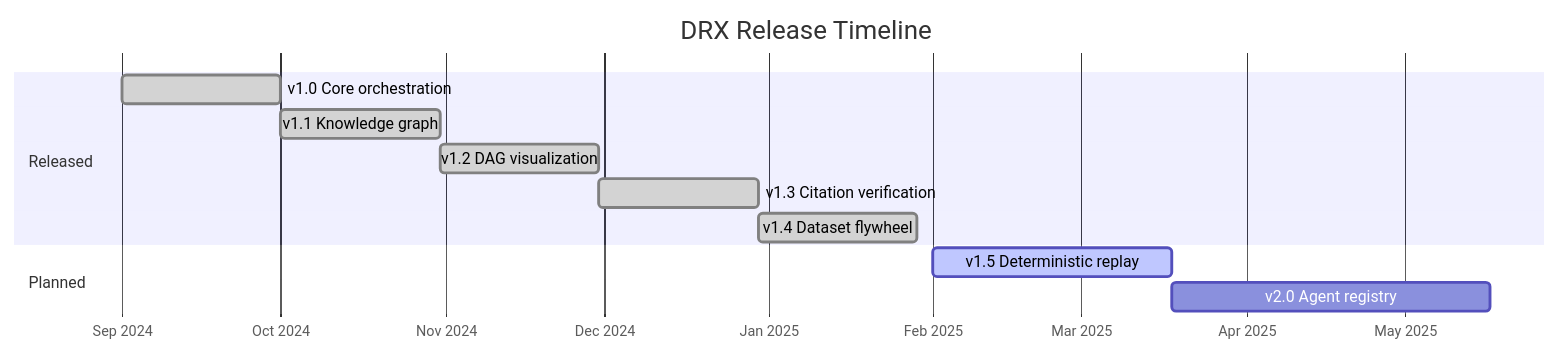
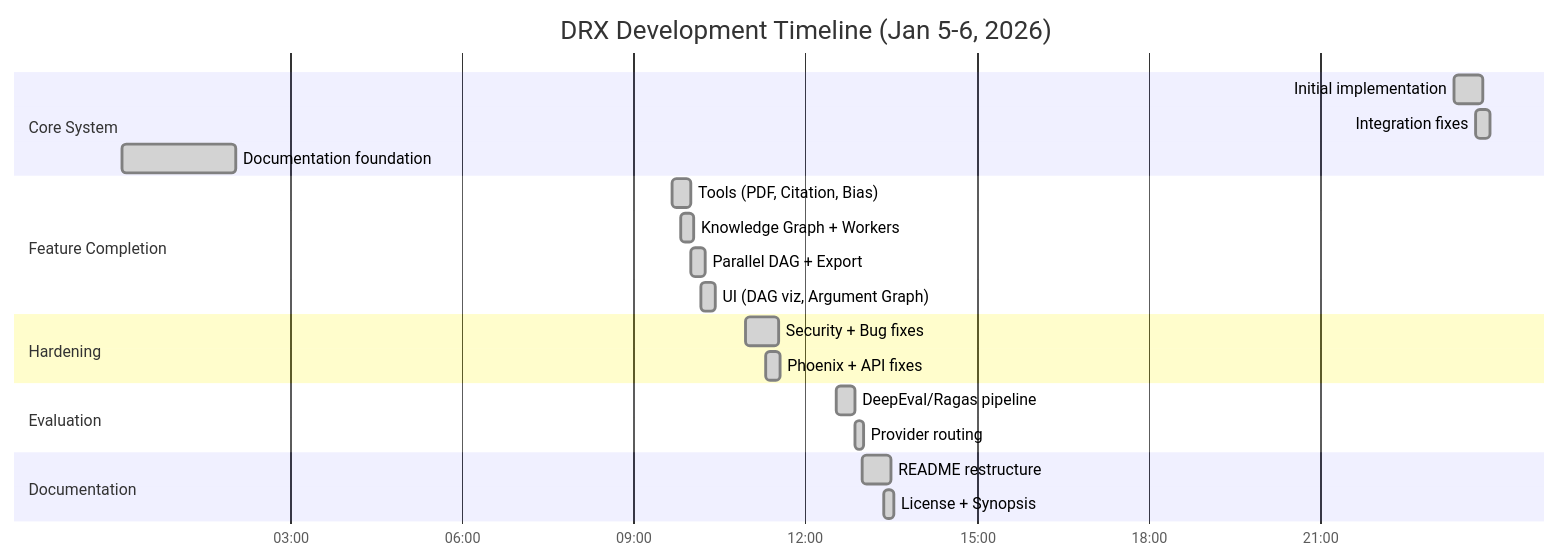
Before and after one commit to satyamaix/DeepResearchX: the seventh of 7 diagrams in README.md, drawn with Mermaid. The commit also changed other lines of this file, not shown here.

Commit message:
docs: Update roadmap with actual 24-hour development timeline
Replace fictional release dates with actual commit timestamps showing:

Development Timeline (Gantt chart):
- 23:20: Initial implementation
- 00:04: Documentation foundation
- 09:40-10:11: Feature completion sprint
- 10:57-11:31: Security hardening
- 12:33-12:52: Evaluation pipeline
- 13:00-13:23: Documentation polish

Milestones table with UTC+8 timestamps and key deliverables

Next Steps prioritized as P0/P1/P2

🤖 Generated with [Claude Code](https://claude.com/claude-code)

````diff
--- a/README.md
+++ b/README.md
@@ -495,17 +497,29 @@
 ```mermaid
 gantt
-    title DRX Release Timeline
-    dateFormat YYYY-MM
-    axisFormat %b %Y
+    title DRX Development Timeline (Jan 5-6, 2026)
+    dateFormat HH:mm
+    axisFormat %H:%M
 
-    section Released
-    v1.0 Core orchestration       :done, v10, 2024-09, 30d
-    v1.1 Knowledge graph          :done, v11, after v10, 30d
-    v1.2 DAG visualization        :done, v12, after v11, 30d
-    v1.3 Citation verification    :done, v13, after v12, 30d
-    v1.4 Dataset flywheel         :done, v14, after v13, 30d
+    section Core System
+    Initial implementation        :done, 23:20, 30m
+    Integration fixes             :done, 23:43, 15m
+    Documentation foundation      :done, 00:04, 2h
 
-    section Planned
-    v1.5 Deterministic replay     :active, v15, 2025-02, 45d
-    v2.0 Agent registry           :v20, after v15, 60d
+    section Feature Completion
+    Tools (PDF, Citation, Bias)   :done, 09:40, 20m
+    Knowledge Graph + Workers     :done, 09:49, 15m
+    Parallel DAG + Export         :done, 10:00, 15m
+    UI (DAG viz, Argument Graph)  :done, 10:11, 15m
+
+    section Hardening
+    Security + Bug fixes          :done, 10:57, 35m
+    Phoenix + API fixes           :done, 11:19, 15m
+
+    section Evaluation
+    DeepEval/Ragas pipeline       :done, 12:33, 20m
+    Provider routing              :done, 12:52, 10m
+
+    section Documentation
+    README restructure            :done, 13:00, 30m
+    License + Synopsis            :done, 13:23, 10m
 ```
````
